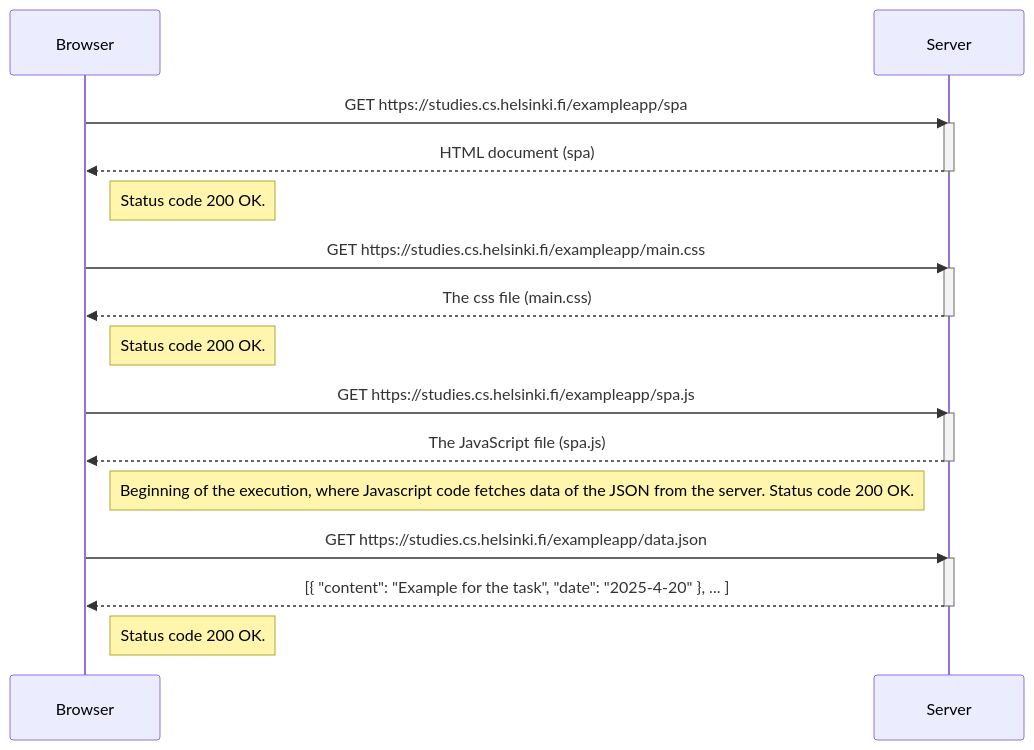
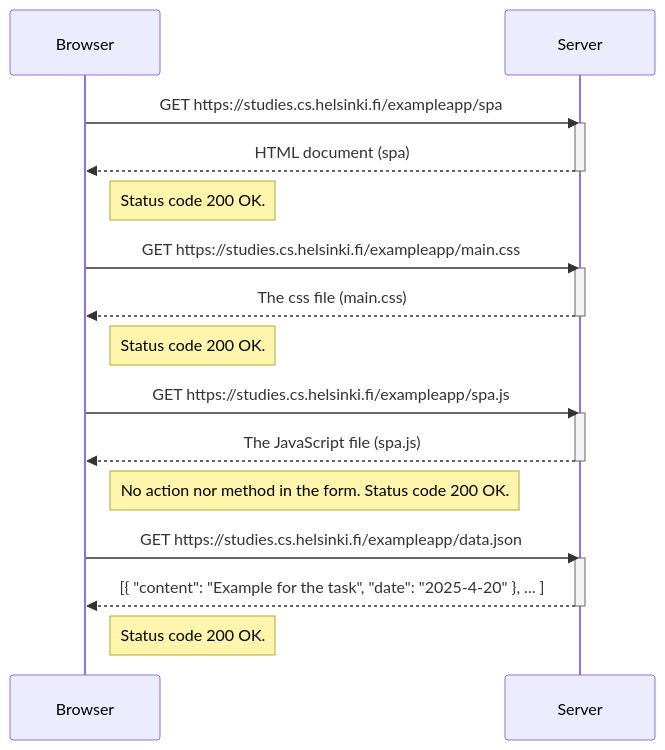
Before and after one commit to saravert/FullStackPalautus: the diagram in osa0/singlePageApp.md, drawn with Mermaid.

````diff
--- a/osa0/singlePageApp.md
+++ b/osa0/singlePageApp.md
@@ -2,33 +2,33 @@
 ```mermaid
 sequenceDiagram
     participant Browser
     participant Server
 
     Browser->>Server: GET https://studies.cs.helsinki.fi/exampleapp/spa
     activate Server
     Server-->>Browser: HTML document (spa)
     deactivate Server
 
     Note right of Browser: Status code 200 OK. 
     
     Browser->>Server: GET https://studies.cs.helsinki.fi/exampleapp/main.css
     activate Server
     Server-->>Browser: The css file (main.css)
     deactivate Server
 
     Note right of Browser: Status code 200 OK. 
     
     Browser->>Server: GET https://studies.cs.helsinki.fi/exampleapp/spa.js
     activate Server
     Server-->>Browser: The JavaScript file (spa.js)
     deactivate Server
     
-    Note right of Browser: Beginning of the execution, where Javascript code fetches data of the JSON from the server. Status code 200 OK. 
+    Note right of Browser: No action nor method in the form. Status code 200 OK. 
     
     Browser->>Server: GET https://studies.cs.helsinki.fi/exampleapp/data.json
     activate Server
     Server-->>Browser: [{ "content": "Example for the task", "date": "2025-4-20" }, ... ]
     deactivate Server
 
     Note right of Browser: Status code 200 OK. 
 ```
````
